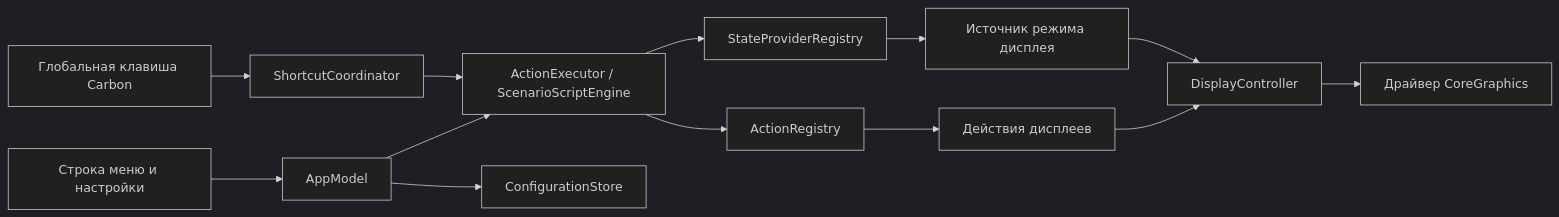
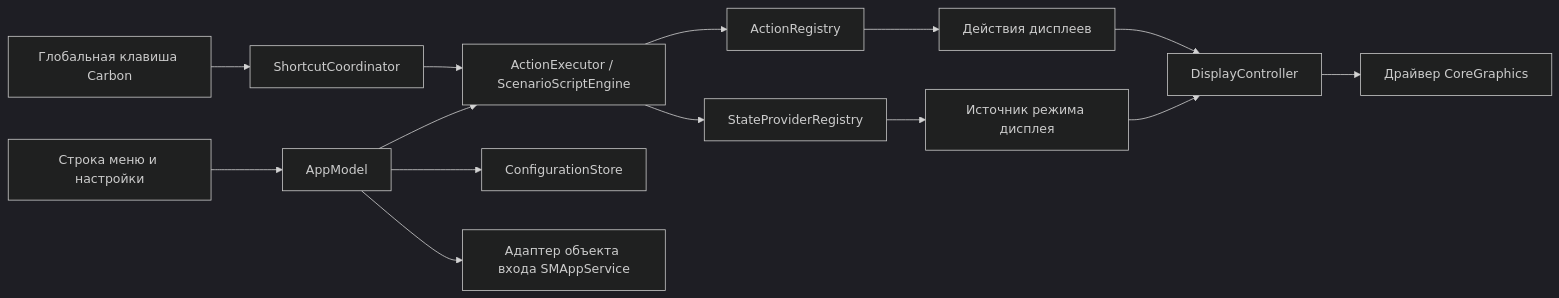
The diagram in docs/ARCHITECTURE.ru.md (witqq/mac-utils), drawn with Mermaid (dark theme) before and after one commit. The commit also changed other lines of this file and 67 other files, not shown here.

````diff
--- a/docs/ARCHITECTURE.ru.md
+++ b/docs/ARCHITECTURE.ru.md
@@ -7,15 +7,16 @@
 ```mermaid
 flowchart LR
     UI[Строка меню и настройки] --> Model[AppModel]
     Hotkey[Глобальная клавиша Carbon] --> Coordinator[ShortcutCoordinator]
     Model --> Executor[ActionExecutor / ScenarioScriptEngine]
     Coordinator --> Executor
     Executor --> Actions[ActionRegistry]
     Executor --> Providers[StateProviderRegistry]
     Actions --> Display[Действия дисплеев]
     Providers --> DisplayState[Источник режима дисплея]
     Display --> Controller[DisplayController]
     DisplayState --> Controller
     Controller --> CoreGraphics[Драйвер CoreGraphics]
     Model --> Store[ConfigurationStore]
+    Model --> Login[Адаптер объекта входа SMAppService]
 ```
````
